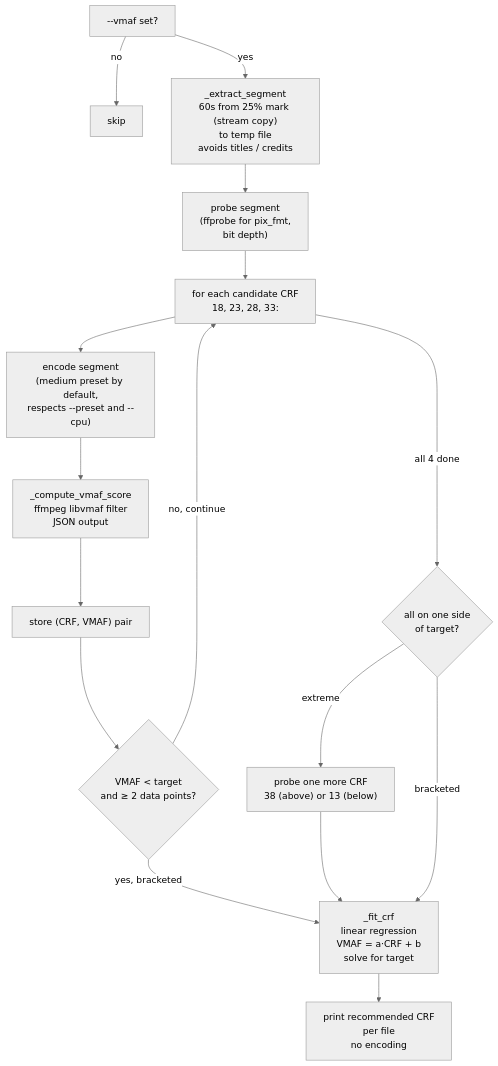
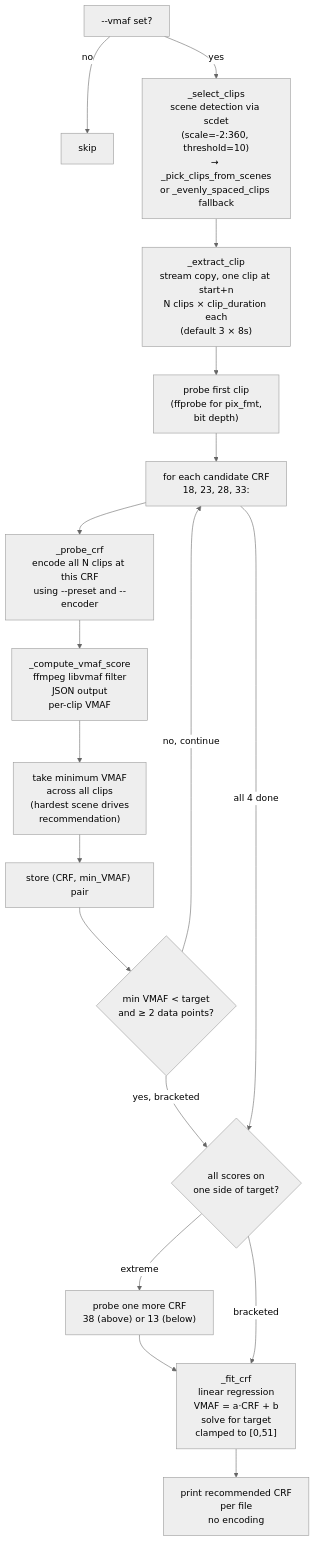
Before and after one commit to JoshPaulie/h265ify: the seventh of 7 diagrams in docs/ARCHITECTURE.md, drawn with Mermaid (neutral theme). The commit also changed other lines of this file, not shown here.

Commit message:
docs: update ARCHITECTURE.md for multi-clip VMAF flow

````diff
--- a/docs/ARCHITECTURE.md
+++ b/docs/ARCHITECTURE.md
@@ -217,45 +216,56 @@
 ```mermaid
 flowchart TD
     Start["--vmaf set?"]
     SkipProbe["skip"]
-    Extract["_extract_segment
-60s from 25% mark (stream copy)
-to temp file
-avoids titles / credits"]
-    ProbeSeg["probe segment
+    Scdet["_select_clips
+scene detection via scdet
+(scale=-2:360, threshold=10)
+→ _pick_clips_from_scenes
+or _evenly_spaced_clips fallback"]
+    Extract["_extract_clip
+stream copy, one clip at start+n
+N clips × clip_duration each
+(default 3 × 8s)"]
+    ProbeSeg["probe first clip
 (ffprobe for pix_fmt,
 bit depth)"]
     Loop["for each candidate CRF
 18, 23, 28, 33:"]
-    EncodeSeg["encode segment
-(medium preset by default,
-respects --preset and --cpu)"]
-    EarlyStop{"VMAF < target
-and ≥ 2 data points?"}
+    EncodeClips["_probe_crf
+encode all N clips at this CRF
+using --preset and --encoder"]
     Vmaf["_compute_vmaf_score
 ffmpeg libvmaf filter
-JSON output"]
-    Store["store (CRF, VMAF) pair"]
-    Refine{"all on one side
-of target?"}
+JSON output
+per-clip VMAF"]
+    Aggregate["take minimum VMAF
+across all clips
+(hardest scene drives
+recommendation)"]
+    Store["store (CRF, min_VMAF) pair"]
+    EarlyStop{"min VMAF < target
+and ≥ 2 data points?"}
+    Refine{"all scores on
+one side of target?"}
     ProbeExtra["probe one more CRF
 38 (above) or 13 (below)"]
     Fit["_fit_crf
 linear regression
 VMAF = a·CRF + b
-solve for target"]
+solve for target
+clamped to [0,51]"]
     Report["print recommended CRF
 per file
 no encoding"]
 
     Start -->|no| SkipProbe
-    Start -->|yes| Extract --> ProbeSeg --> Loop
-    Loop --> EncodeSeg --> Vmaf --> Store
+    Start -->|yes| Scdet --> Extract --> ProbeSeg --> Loop
+    Loop --> EncodeClips --> Vmaf --> Aggregate --> Store
     Store --> EarlyStop
     EarlyStop -->|no, continue| Loop
-    EarlyStop -->|yes, bracketed| Fit
+    EarlyStop -->|yes, bracketed| Refine
     Loop -->|all 4 done| Refine
     Refine -->|extreme| ProbeExtra --> Fit
     Refine -->|bracketed| Fit
     Fit --> Report
 ```
````
